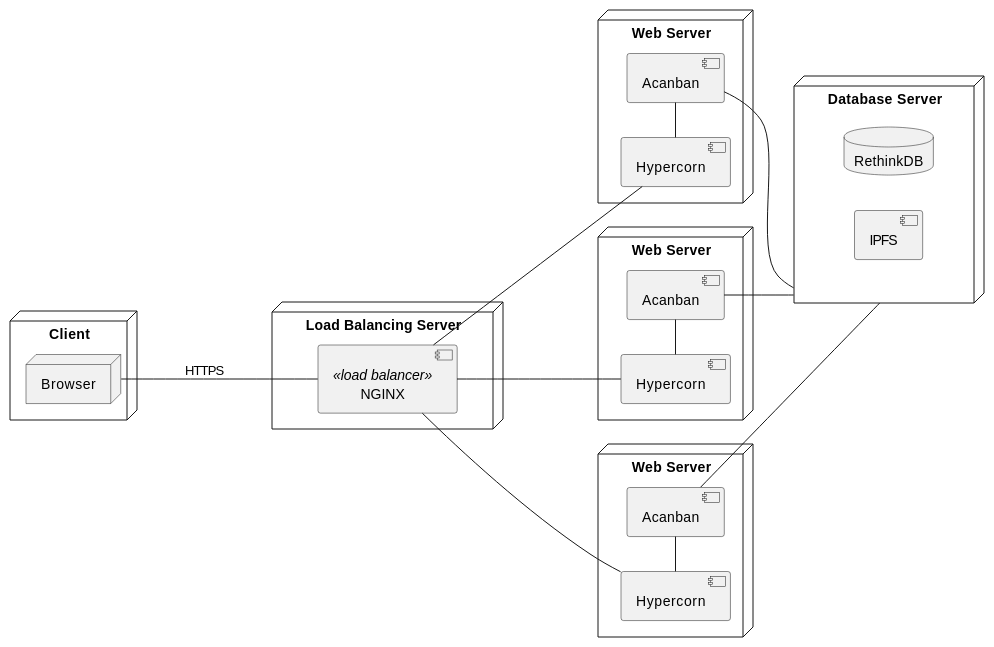
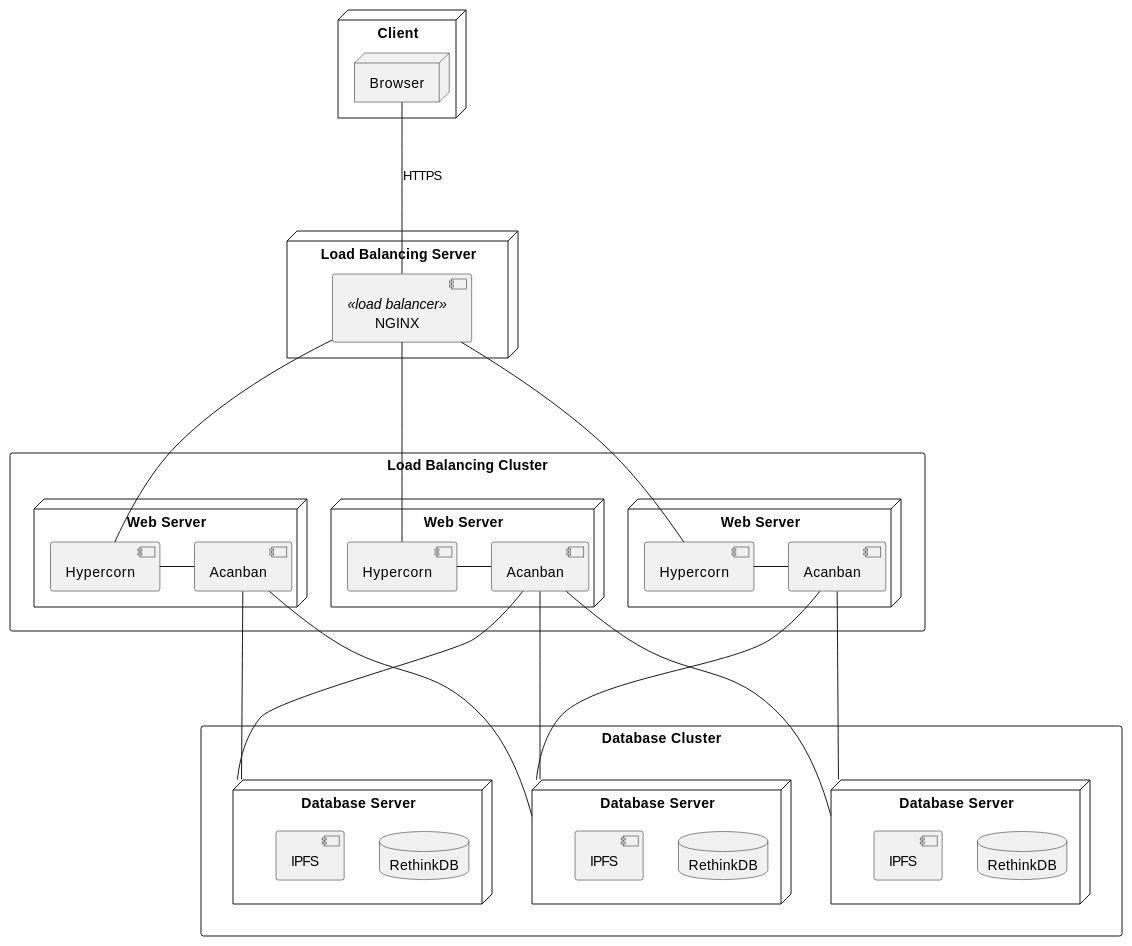
One commit to Huy-Ngo/acanban changed the second of 2 diagrams in docs/source/meth/arch.rst. Above: the diagram before and after it, drawn with PlantUML.

Commit message:
Use cluster to describe DB

```diff
--- a/docs/source/meth/arch.rst
+++ b/docs/source/meth/arch.rst
@@ -45,46 +45,64 @@
 .. uml::
    :caption: Alternative architecture with load balancer
    :name: arch-alt
 
-   left to right direction
 
    node Client {
       node Browser
    }
 
    node "Load Balancing Server" {
       component NGINX as nginx <<load balancer>>
    }
 
-   node "Web Server" as server_1 {
-      component Acanban as acanban_1
-      component Hypercorn as hypercorn_1
+   rectangle "Load Balancing Cluster" as balance_cluster {
+      node "Web Server" as server_1 {
+         component Acanban as acanban_1
+         component Hypercorn as hypercorn_1
+      }
+
+      node "Web Server" as server_2 {
+         component Acanban as acanban_2
+         component Hypercorn as hypercorn_2
+      }
+
+      node "Web Server" as server_3 {
+         component Acanban as acanban_3
+         component Hypercorn as hypercorn_3
+      }
    }
 
-   node "Web Server" as server_2 {
-      component Acanban as acanban_2
-      component Hypercorn as hypercorn_2
-   }
+   rectangle "Database Cluster" as db_cluster {
 
-   node "Web Server" as server_3 {
-      component Acanban as acanban_3
-      component Hypercorn as hypercorn_3
-   }
+      node "Database Server" as db_1 {
+         database "RethinkDB" as r_1
+         component "IPFS" as ipfs_1
+      }
 
-   node "Database Server" as db_server {
-      database "RethinkDB" as db
-      component IPFS
+      node "Database Server" as db_2 {
+         database "RethinkDB" as r_2
+         component "IPFS" as ifps_2
+      }
+
+      node "Database Server" as db_3 {
+         database "RethinkDB" as r_3
+         component "IPFS" as ipfs_3
+      }
    }
 
    Browser --- nginx: HTTPS
 
    nginx  --- hypercorn_1
    nginx  --- hypercorn_2
    nginx  --- hypercorn_3
 
    hypercorn_1 - acanban_1
    hypercorn_2 - acanban_2
    hypercorn_3 - acanban_3
-   acanban_1  -- db_server
-   acanban_2  -- db_server
-   acanban_3  -- db_server
+   acanban_1  --- db_1
+   acanban_1  --- db_2
+   acanban_2  --- db_2
+   acanban_2  --- db_3
+   acanban_2  --- db_1
+   acanban_3  --- db_1
+   acanban_3  --- db_3
```
